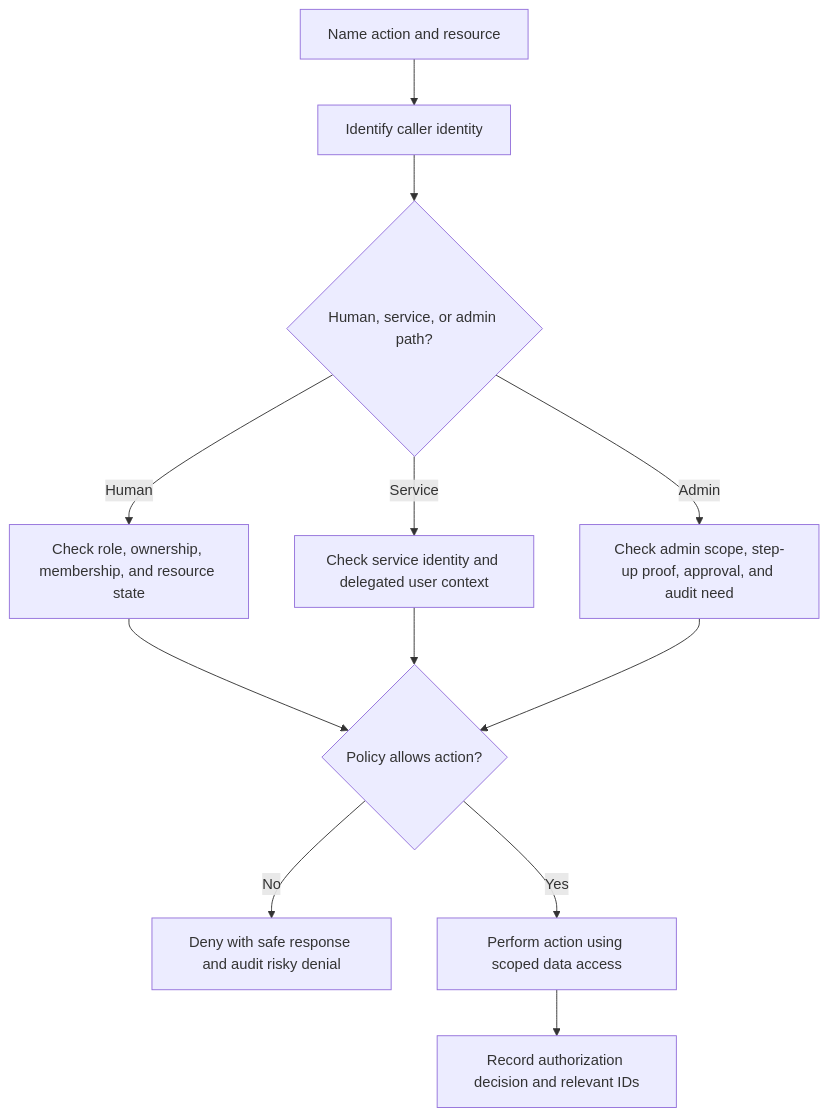
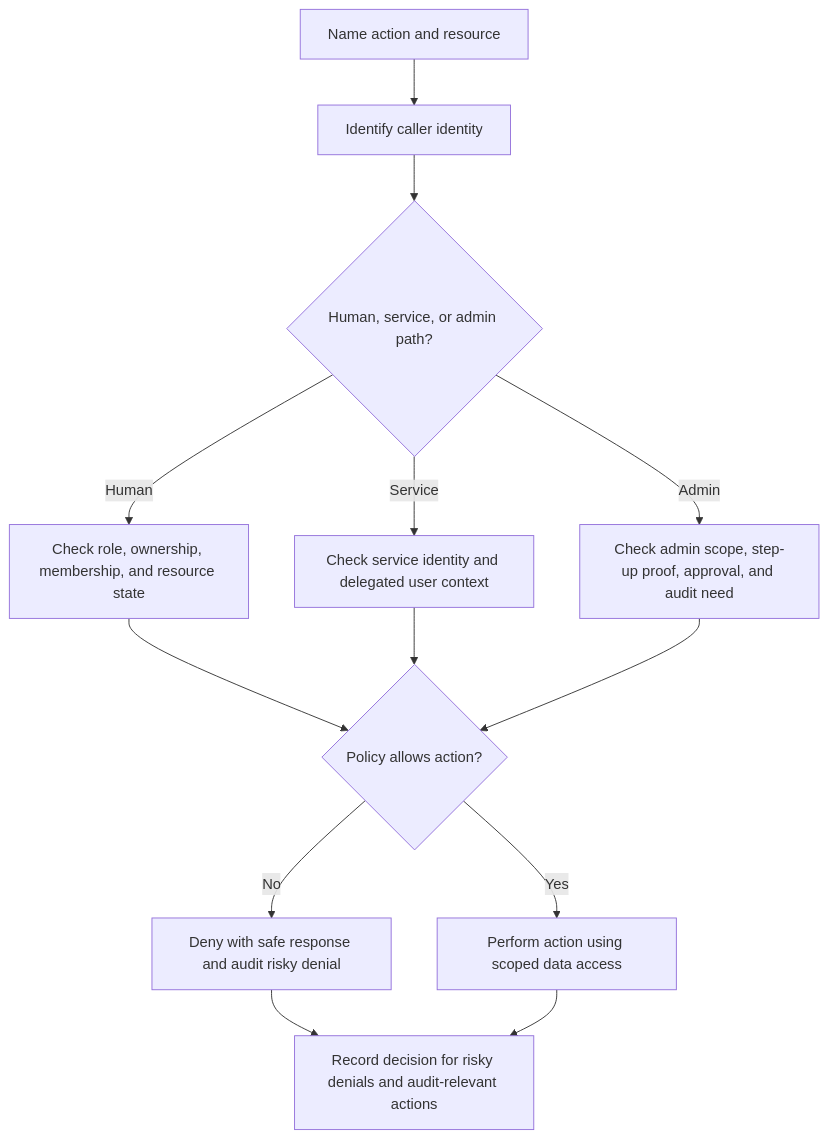
Before and after one commit to LeonSilva15/system-design: the diagram in docs/security/authorization.md, drawn with Mermaid. The commit also changed other lines of this file, not shown here.

Commit message:
docs(security): SDC-E09-T03 refine authorization review feedback

````diff
--- a/docs/security/authorization.md
+++ b/docs/security/authorization.md
@@ -67,14 +67,15 @@
 ```mermaid
 flowchart TD
     A[Name action and resource] --> B[Identify caller identity]
     B --> C{Human, service, or admin path?}
     C -->|Human| D[Check role, ownership, membership, and resource state]
     C -->|Service| E[Check service identity and delegated user context]
     C -->|Admin| F[Check admin scope, step-up proof, approval, and audit need]
     D --> G{Policy allows action?}
     E --> G
     F --> G
     G -->|No| H[Deny with safe response and audit risky denial]
     G -->|Yes| I[Perform action using scoped data access]
-    I --> J[Record authorization decision and relevant IDs]
+    H --> J[Record decision for risky denials and audit-relevant actions]
+    I --> J
 ```
````
